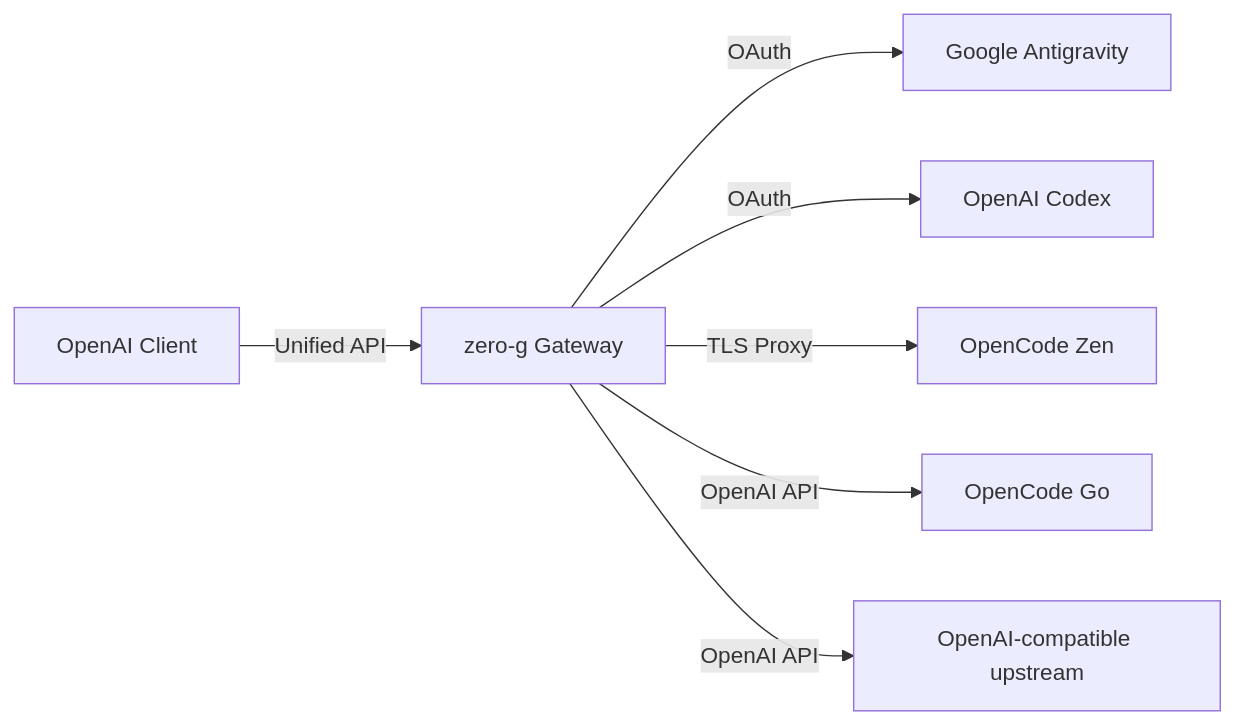
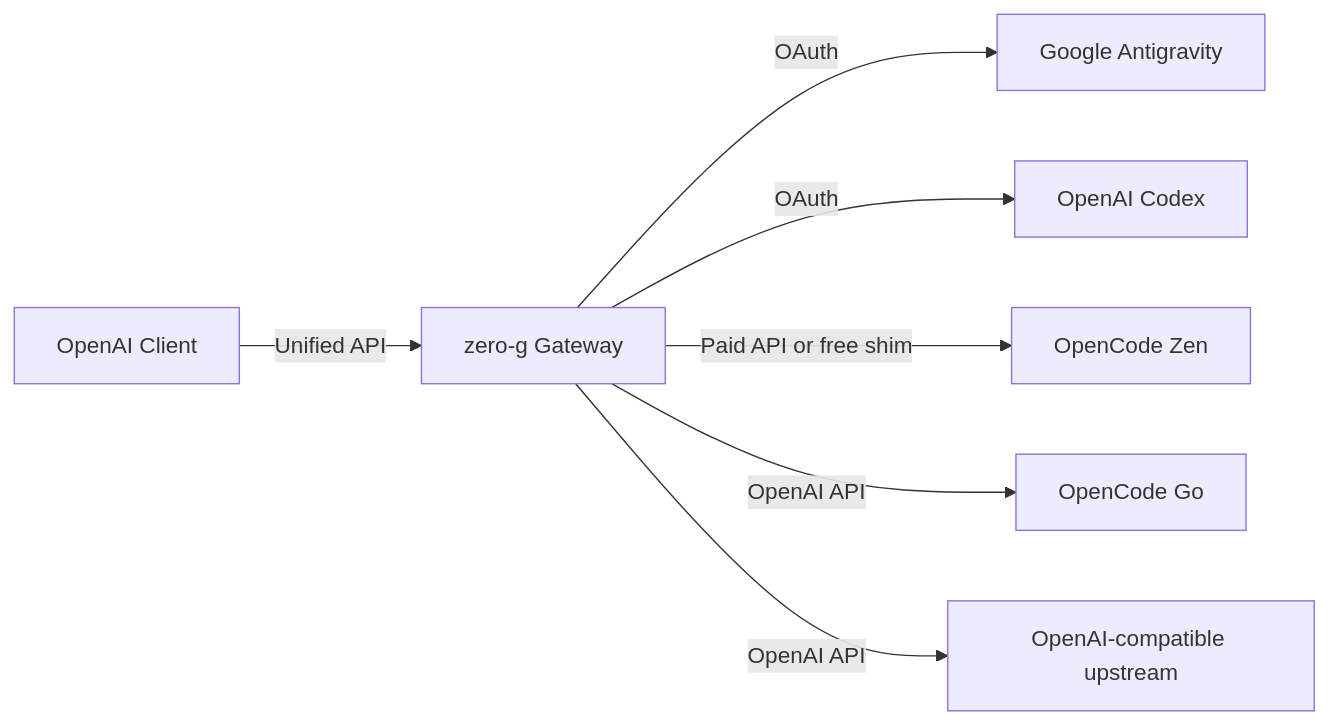
The diagram in README.md (Delnegend/zero-g), drawn with Mermaid before and after one commit. The commit also changed 14 other files, not shown here.

First line of the commit message:
feat(zen): add opt-in free models and direct forwarding

````diff
--- a/README.md
+++ b/README.md
@@ -64,9 +64,9 @@
 ```mermaid
 flowchart LR
     Client[OpenAI Client] -->|Unified API| ZeroG[zero-g Gateway]
     ZeroG -->|OAuth| CCA[Google Antigravity]
     ZeroG -->|OAuth| Codex[OpenAI Codex]
-    ZeroG -->|TLS Proxy| Zen[OpenCode Zen]
+    ZeroG -->|Paid API or free shim| Zen[OpenCode Zen]
     ZeroG -->|OpenAI API| Go[OpenCode Go]
     ZeroG -->|OpenAI API| Custom[OpenAI-compatible upstream]
 ```
````
